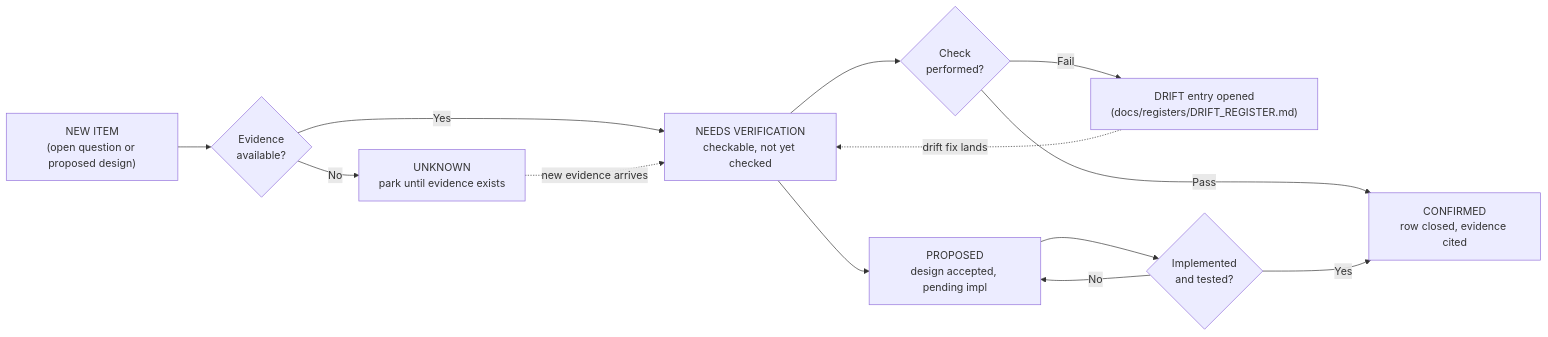
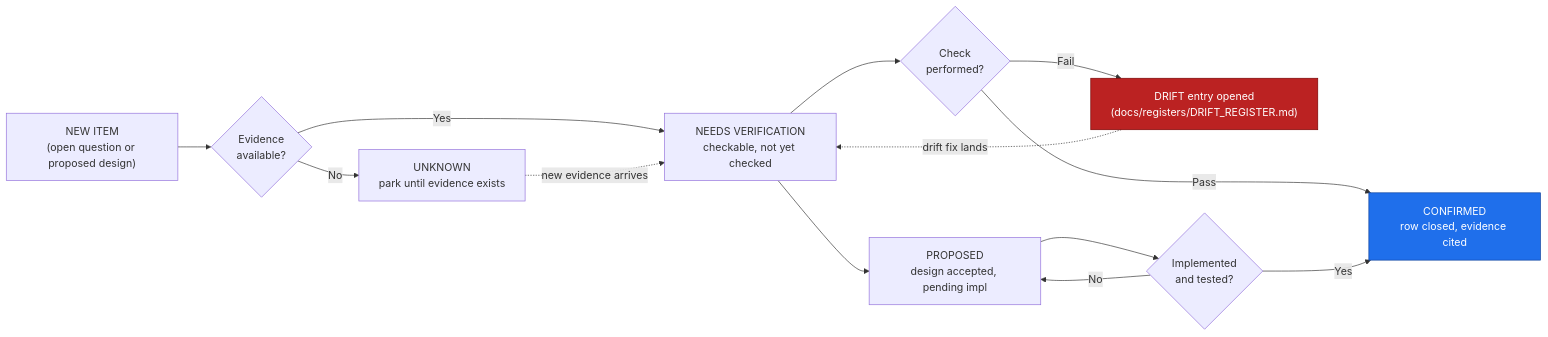
One commit to bartytime4life/Kansas-Frontier-Matrix changed the diagram in docs/domains/atmosphere/VERIFICATION_BACKLOG.md. Above: the diagram before and after it, drawn with Mermaid. The commit also changed other lines of this file, not shown here.

````diff
--- a/docs/domains/atmosphere/VERIFICATION_BACKLOG.md
+++ b/docs/domains/atmosphere/VERIFICATION_BACKLOG.md
@@ -128,15 +119,19 @@
 ```mermaid
 flowchart LR
   A["NEW ITEM<br/>(open question or proposed design)"] --> B{Evidence<br/>available?}
   B -- No --> C["UNKNOWN<br/>park until evidence exists"]
   B -- Yes --> D["NEEDS VERIFICATION<br/>checkable, not yet checked"]
   D --> E{Check<br/>performed?}
   E -- Fail --> F["DRIFT entry opened<br/>(docs/registers/DRIFT_REGISTER.md)"]
   E -- Pass --> G["CONFIRMED<br/>row closed, evidence cited"]
   D --> H["PROPOSED<br/>design accepted, pending impl"]
   H --> I{Implemented<br/>and tested?}
   I -- No --> H
   I -- Yes --> G
   C -.->|new evidence arrives| D
   F -.->|drift fix lands| D
+  classDef ok fill:#1f6feb,stroke:#0d419d,color:#fff;
+  classDef bad fill:#b22,stroke:#700,color:#fff;
+  class G ok;
+  class F bad;
 ```
````
